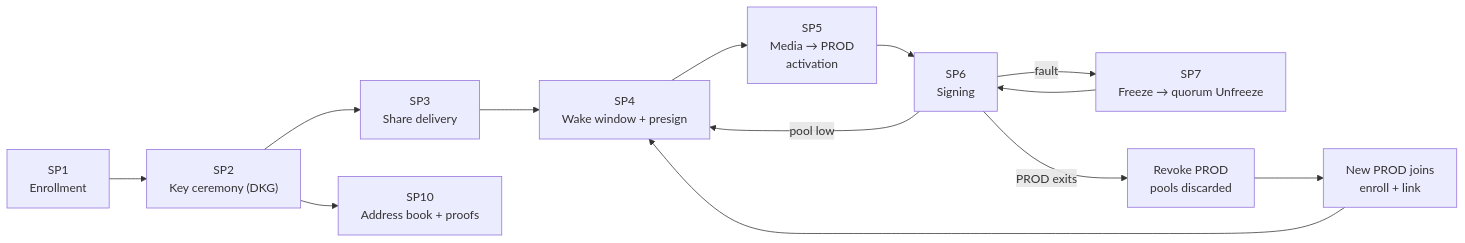
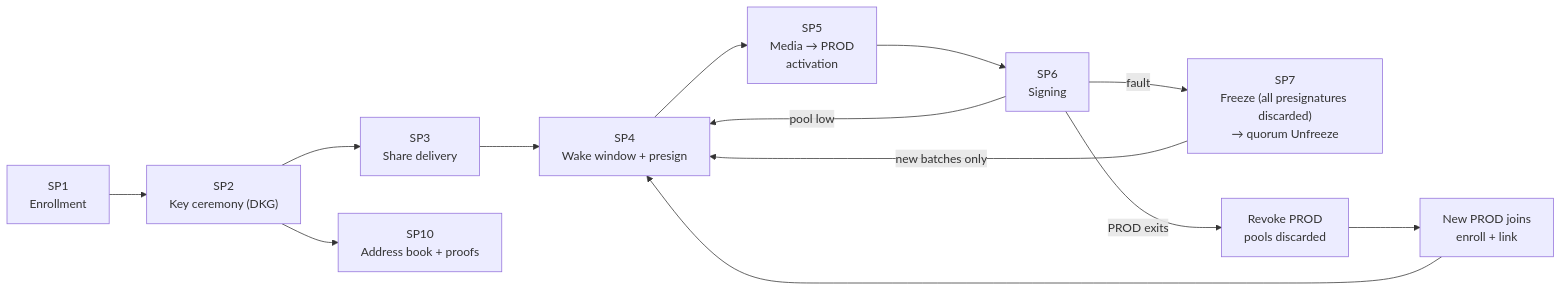
The second of 11 diagrams in README.md (giapnguyen74/fast-mpc-for-hotwallet), drawn with Mermaid before and after one commit. The commit also changed other lines of this file, not shown here.

Commit message:
README: freeze diagrams show forced new batches after unfreeze

````diff
--- a/README.md
+++ b/README.md
@@ -73,10 +73,10 @@
 ```mermaid
 flowchart LR
     E["SP1<br/>Enrollment"] --> K["SP2<br/>Key ceremony (DKG)"] --> D["SP3<br/>Share delivery"]
     D --> W["SP4<br/>Wake window + presign"] --> M["SP5<br/>Media → PROD<br/>activation"] --> S["SP6<br/>Signing"]
     S -- "pool low" --> W
-    S -- "fault" --> F["SP7<br/>Freeze → quorum Unfreeze"]
-    F --> S
+    S -- "fault" --> F["SP7<br/>Freeze (all presignatures discarded)<br/>→ quorum Unfreeze"]
+    F -- "new batches only" --> W
     S -- "PROD exits" --> X["Revoke PROD<br/>pools discarded"] --> J["New PROD joins<br/>enroll + link"] --> W
     K --> A["SP10<br/>Address book + proofs"]
 ```
````
